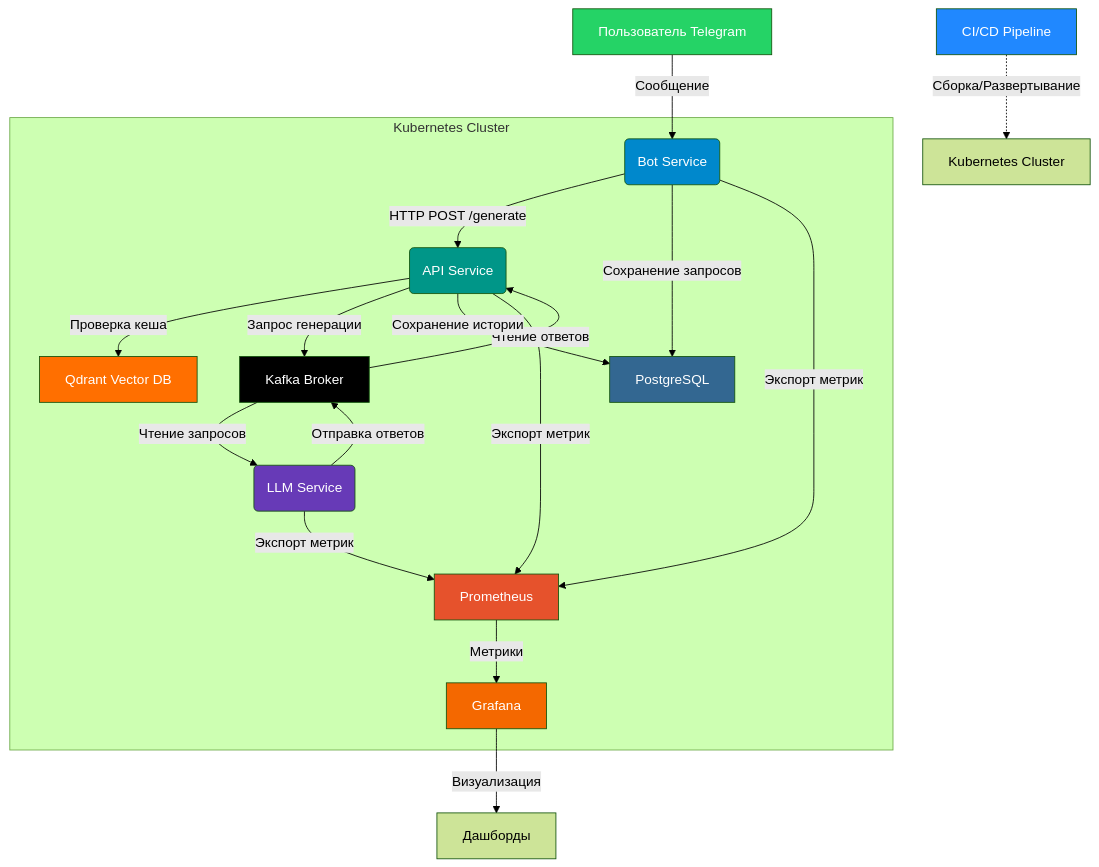
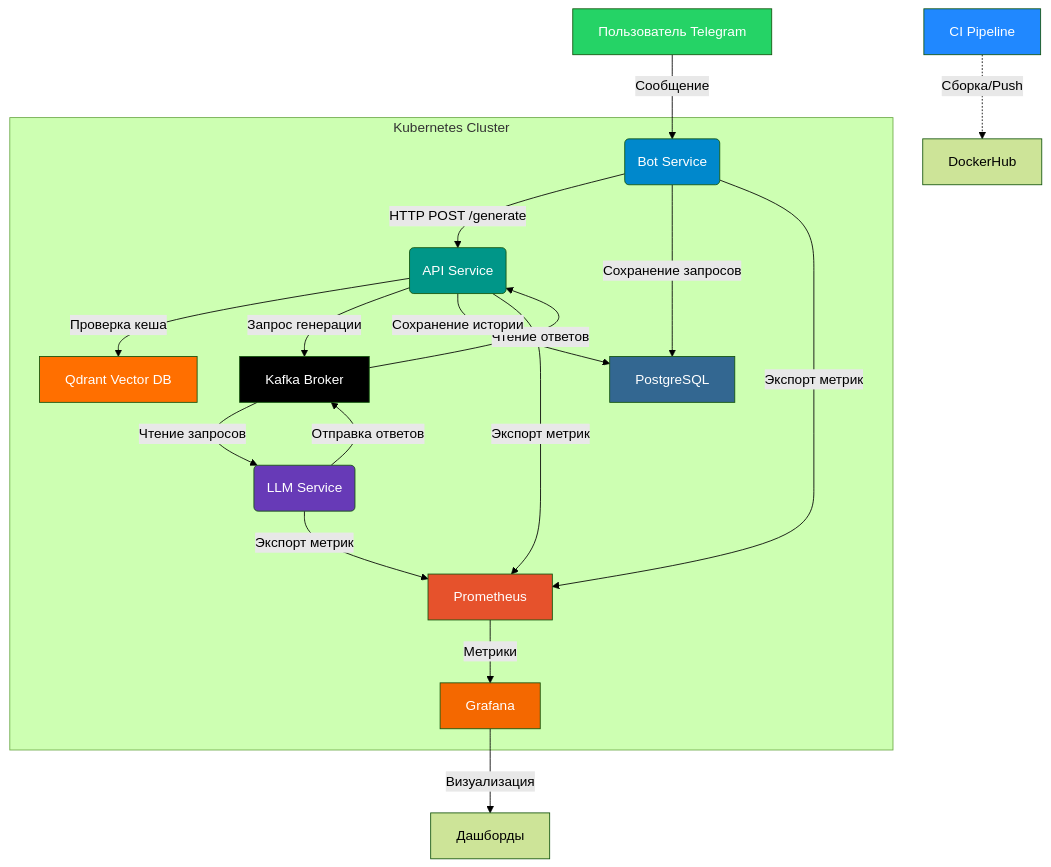
The diagram in README.md (AnkumaGithub/Chatbot_with_docker), drawn with Mermaid (forest theme) before and after one commit.

````diff
--- a/README.md
+++ b/README.md
@@ -3,40 +3,40 @@
 ```mermaid
 graph TD
     A[Пользователь Telegram] -->|Сообщение| B(Bot Service)
     B -->|HTTP POST /generate| C(API Service)
     C -->|Проверка кеша| D[Qdrant Vector DB]
     C -->|Запрос генерации| E[Kafka Broker]
     E -->|Чтение запросов| F(LLM Service)
     F -->|Отправка ответов| E
     E -->|Чтение ответов| C
     C -->|Сохранение истории| G[PostgreSQL]
     B -->|Сохранение запросов| G
     H[Prometheus] -->|Метрики| I[Grafana]
     I -->|Визуализация| J[Дашборды]
     C -->|Экспорт метрик| H
     B -->|Экспорт метрик| H
     F -->|Экспорт метрик| H
-    K[CI/CD Pipeline] -.->|Сборка/Развертывание| L[Kubernetes Cluster]
+    K[CI Pipeline] -.->|Сборка/Push| L[DockerHub]
     
     subgraph Kubernetes Cluster
         B
         C
         D
         E
         F
         G
         H
         I
     end
     
     style A fill:#25d366,color:white
     style B fill:#0088cc,color:white
     style C fill:#009688,color:white
     style D fill:#ff6f00,color:white
     style E fill:#000000,color:white
     style F fill:#673ab7,color:white
     style G fill:#336791,color:white
     style H fill:#e6522c,color:white
     style I fill:#f46800,color:white
     style K fill:#2088ff,color:white
 ```
````
